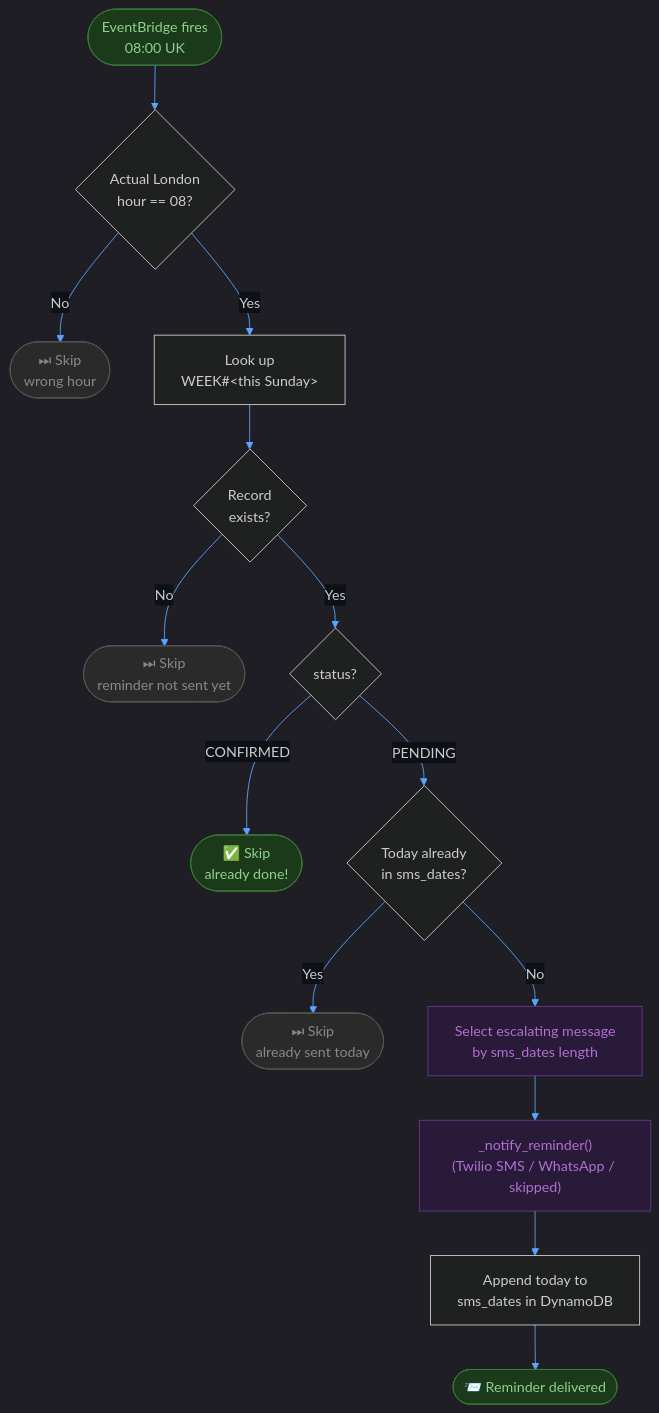
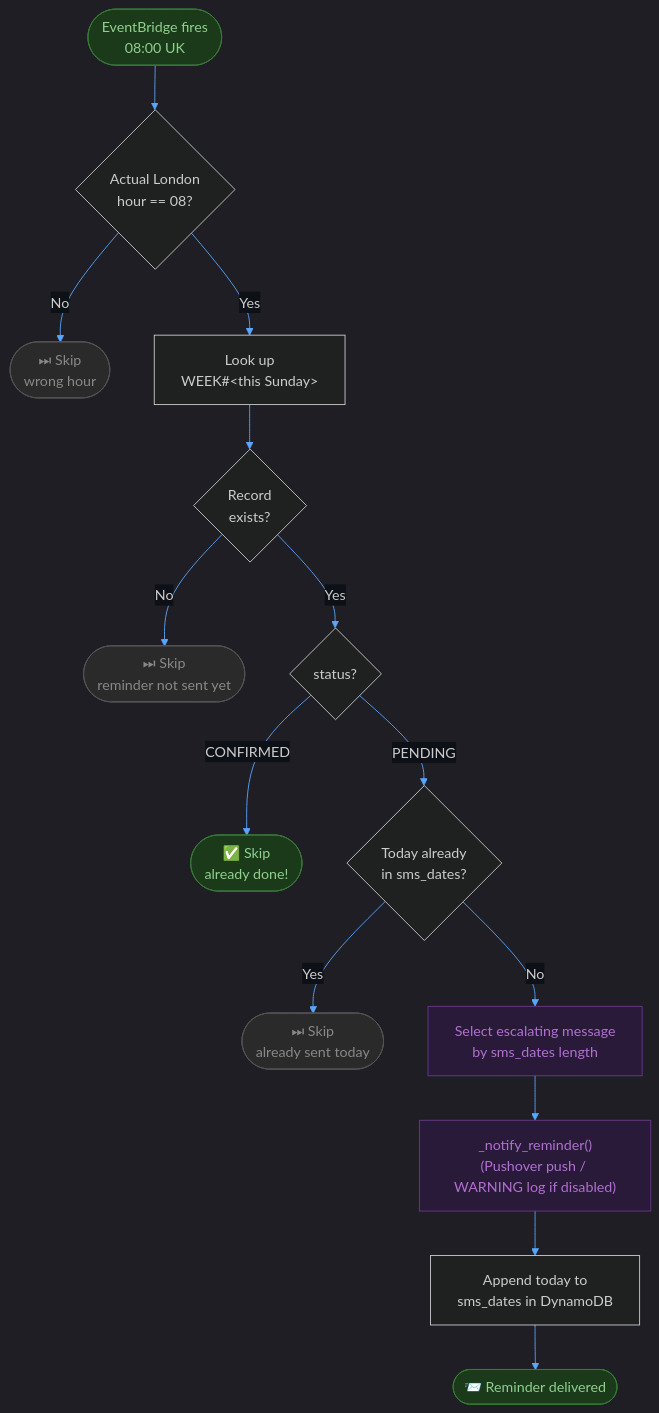
The fourth of 12 diagrams in docs/architecture.md (baldrickuk/washingmachine-notifications), drawn with Mermaid before and after one commit. The commit also changed other lines of this file and 13 other files, not shown here.

First line of the commit message:
feat: replace Twilio/WhatsApp with Pushover notifications (#4)

````diff
--- a/docs/architecture.md
+++ b/docs/architecture.md
@@ -203,32 +202,32 @@
 ```mermaid
 %%{init: {'theme': 'dark', 'themeVariables': {'primaryColor': '#1e3a5f', 'primaryTextColor': '#c9d1d9', 'primaryBorderColor': '#4a7ab5', 'lineColor': '#58a6ff', 'edgeLabelBackground': '#0d1117'}}}%%
 
 flowchart TD
     START([EventBridge fires\n08:00 UK]) --> GUARD{Actual London\nhour == 08?}
 
     GUARD -- No --> SKIP1(["⏭ Skip\nwrong hour"])
     GUARD -- Yes --> LOOKUP["Look up\nWEEK#&lt;this Sunday&gt;"]
 
     LOOKUP --> EXISTS{Record\nexists?}
     EXISTS -- No --> SKIP2(["⏭ Skip\nreminder not sent yet"])
     EXISTS -- Yes --> STATUS{status?}
 
     STATUS -- CONFIRMED --> SKIP3(["✅ Skip\nalready done!"])
     STATUS -- PENDING --> DEDUP{Today already\nin sms_dates?}
 
     DEDUP -- Yes --> SKIP4(["⏭ Skip\nalready sent today"])
     DEDUP -- No --> PICK["Select escalating message\nby sms_dates length"]
 
-    PICK --> SEND["_notify_reminder()\n(Twilio SMS / WhatsApp / skipped)"]
+    PICK --> SEND["_notify_reminder()\n(Pushover push / WARNING log if disabled)"]
     SEND --> UPDATE["Append today to\nsms_dates in DynamoDB"]
     UPDATE --> DONE(["📨 Reminder delivered"])
 
     style START fill:#1a3a1a,stroke:#3a7a3a,color:#90d090
     style DONE  fill:#1a3a1a,stroke:#3a7a3a,color:#90d090
     style SKIP1 fill:#2a2a2a,stroke:#555,color:#888
     style SKIP2 fill:#2a2a2a,stroke:#555,color:#888
     style SKIP3 fill:#1a3a1a,stroke:#3a7a3a,color:#90d090
     style SKIP4 fill:#2a2a2a,stroke:#555,color:#888
     style PICK  fill:#2a1a3a,stroke:#6a3a8a,color:#b070d0
     style SEND  fill:#2a1a3a,stroke:#6a3a8a,color:#b070d0
 ```
````
